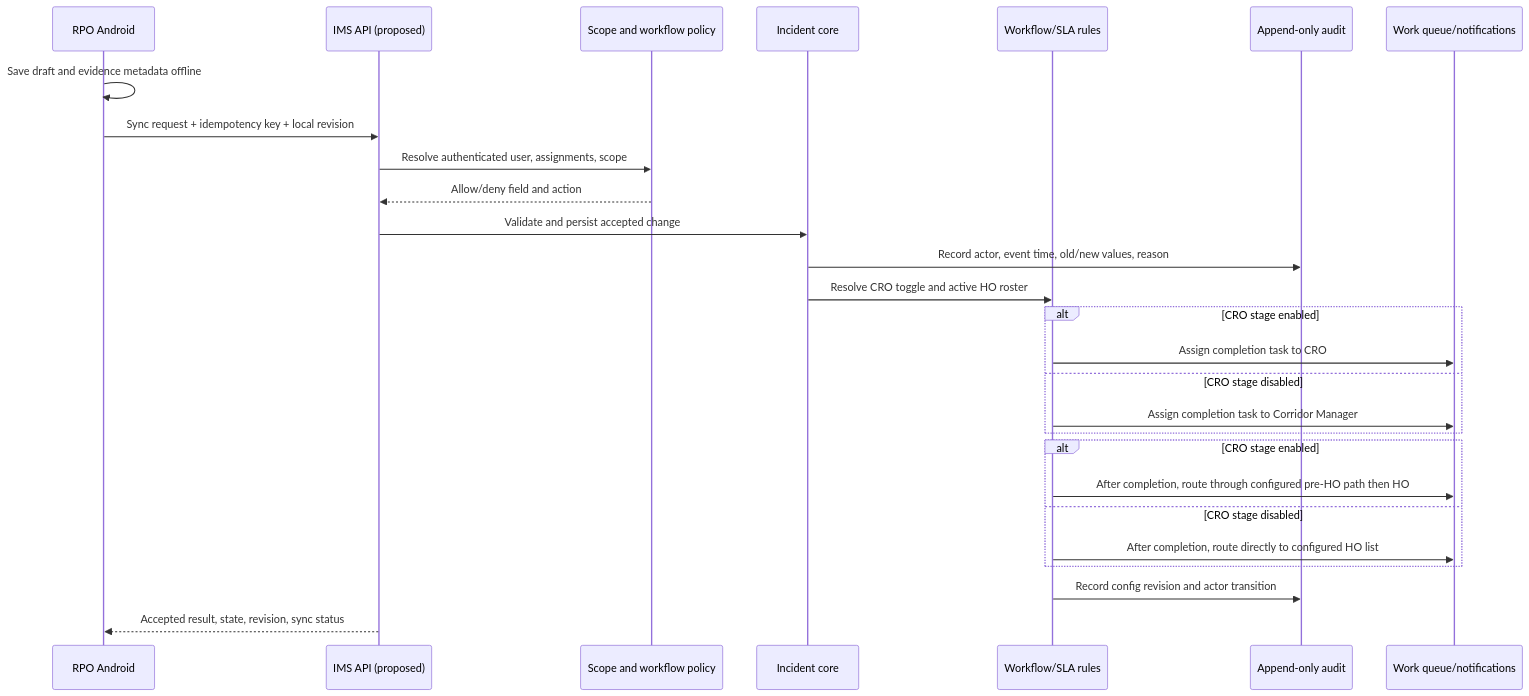
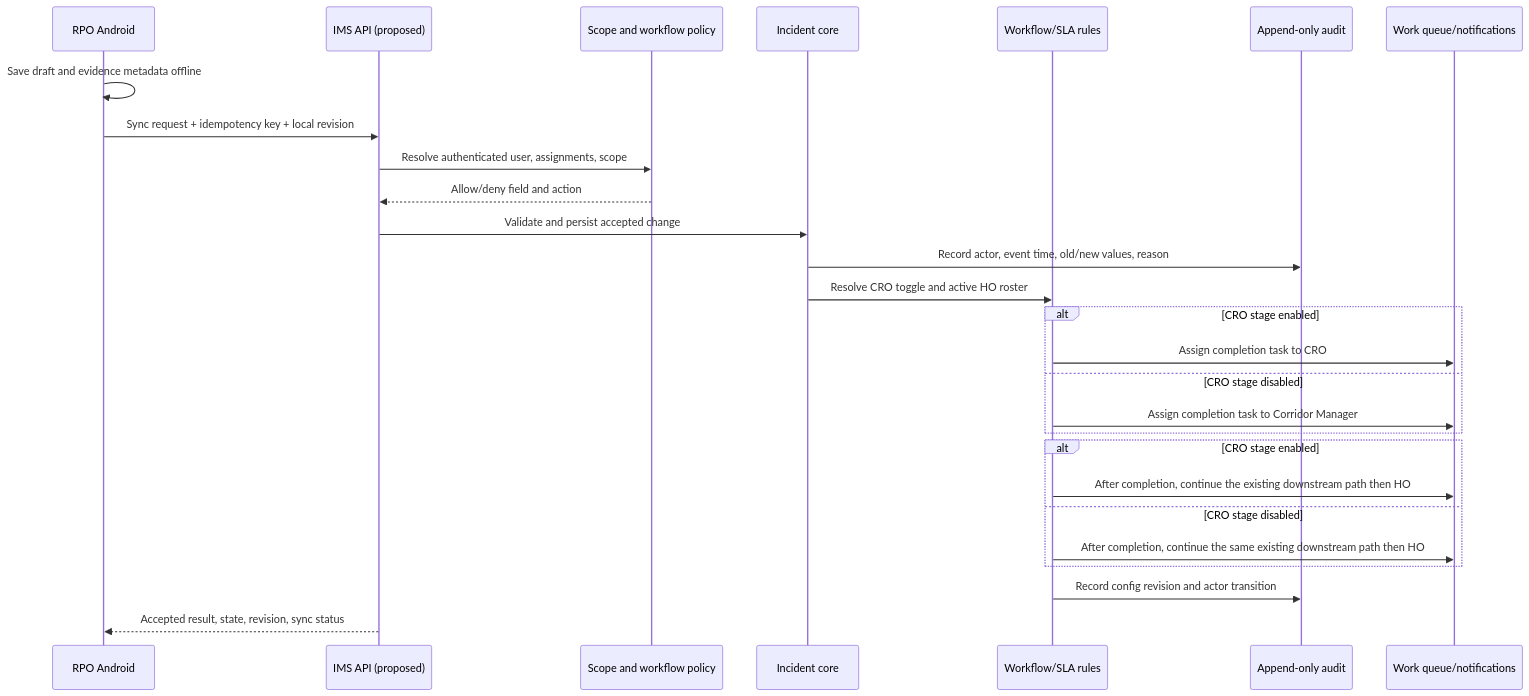
Before and after one commit to LaxmiKhilnani-nhit/Incident-Managment: the second of 2 diagrams in docs/architecture.md, drawn with Mermaid. The commit also changed other lines of this file and 6 other files, not shown here.

````diff
--- a/docs/architecture.md
+++ b/docs/architecture.md
@@ -94,29 +94,29 @@
 ```mermaid
 sequenceDiagram
   participant Field as RPO Android
   participant API as IMS API (proposed)
   participant Policy as Scope and workflow policy
   participant Core as Incident core
   participant Workflow as Workflow/SLA rules
   participant Audit as Append-only audit
   participant Queue as Work queue/notifications
   Field->>Field: Save draft and evidence metadata offline
   Field->>API: Sync request + idempotency key + local revision
   API->>Policy: Resolve authenticated user, assignments, scope
   Policy-->>API: Allow/deny field and action
   API->>Core: Validate and persist accepted change
   Core->>Audit: Record actor, event time, old/new values, reason
   Core->>Workflow: Resolve CRO toggle and active HO roster
   alt CRO stage enabled
     Workflow->>Queue: Assign completion task to CRO
   else CRO stage disabled
     Workflow->>Queue: Assign completion task to Corridor Manager
   end
   alt CRO stage enabled
-    Workflow->>Queue: After completion, route through configured pre-HO path then HO
+    Workflow->>Queue: After completion, continue the existing downstream path then HO
   else CRO stage disabled
-    Workflow->>Queue: After completion, route directly to configured HO list
+    Workflow->>Queue: After completion, continue the same existing downstream path then HO
   end
   Workflow->>Audit: Record config revision and actor transition
   API-->>Field: Accepted result, state, revision, sync status
 ```
````
